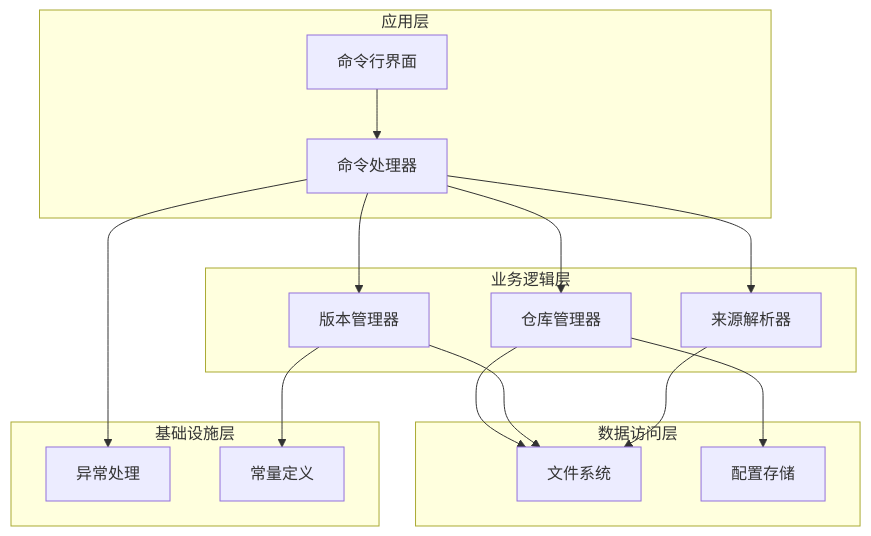
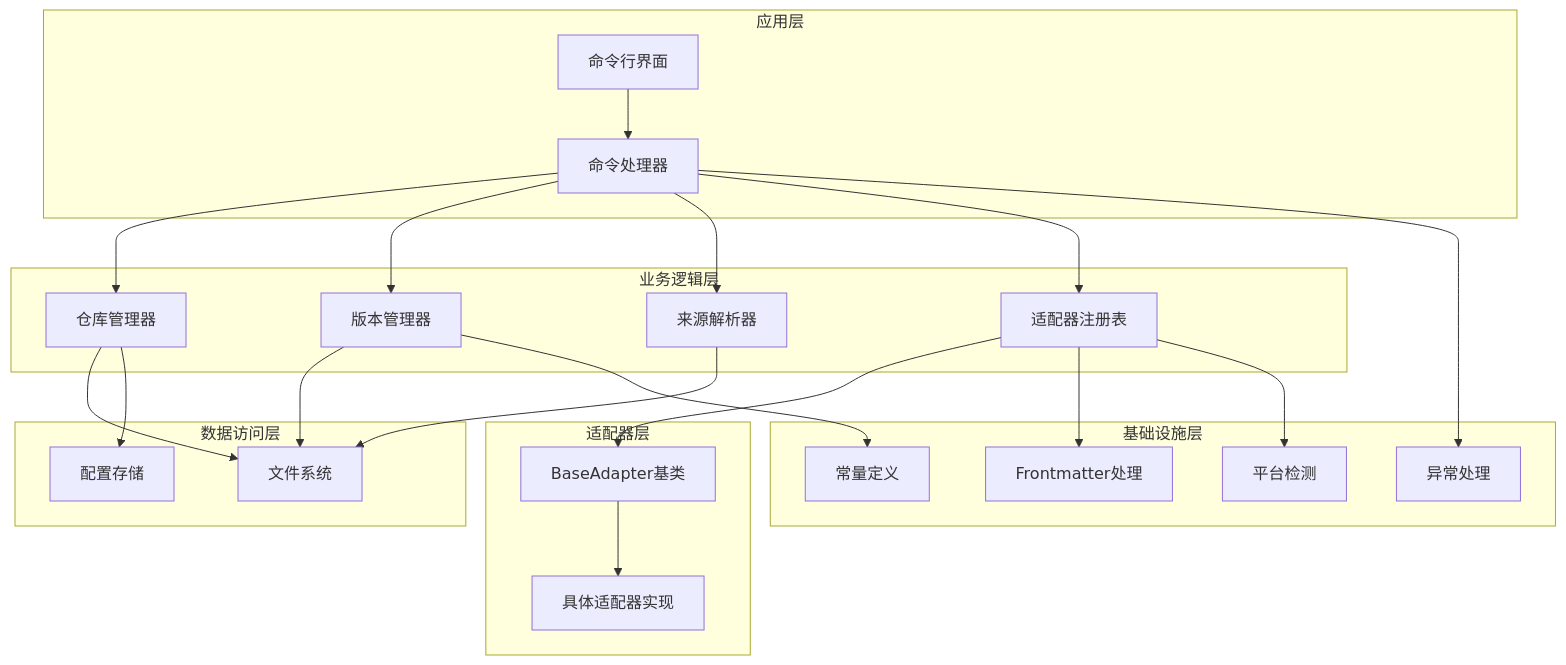
The fourth of 11 diagrams in .qoder/repowiki/zh/content/核心概念/版本管理机制.md (MapleWan/MSR), drawn with Mermaid before and after one commit. The commit also changed other lines of this file and 5 other files, not shown here.

````diff
--- a/.qoder/repowiki/zh/content/核心概念/版本管理机制.md
+++ b/.qoder/repowiki/zh/content/核心概念/版本管理机制.md
@@ -126,30 +220,42 @@
 ```mermaid
 graph TB
 subgraph "应用层"
 CLI[命令行界面]
 Commands[命令处理器]
 end
 subgraph "业务逻辑层"
 Repository[仓库管理器]
 VersionManager[版本管理器]
 SourceResolver[来源解析器]
+AdapterRegistry[适配器注册表]
 end
 subgraph "数据访问层"
 FileSystem[文件系统]
 ConfigStore[配置存储]
 end
 subgraph "基础设施层"
 Exceptions[异常处理]
 Constants[常量定义]
+Frontmatter[Frontmatter处理]
+Platform[平台检测]
+end
+subgraph "适配器层"
+BaseAdapter[BaseAdapter基类]
+Adapters[具体适配器实现]
 end
 CLI --> Commands
 Commands --> Repository
 Commands --> VersionManager
 Commands --> SourceResolver
+Commands --> AdapterRegistry
 Repository --> FileSystem
 VersionManager --> FileSystem
 SourceResolver --> FileSystem
+AdapterRegistry --> BaseAdapter
+BaseAdapter --> Adapters
 Repository --> ConfigStore
 VersionManager --> Constants
+AdapterRegistry --> Frontmatter
+AdapterRegistry --> Platform
 Commands --> Exceptions
 ```
````
